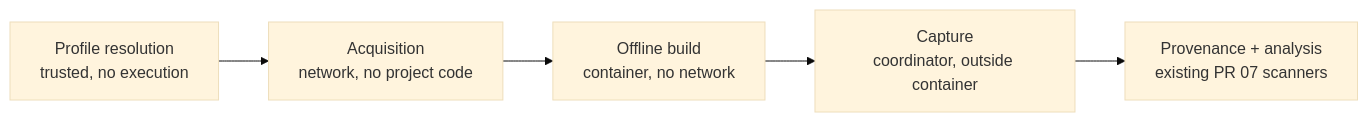
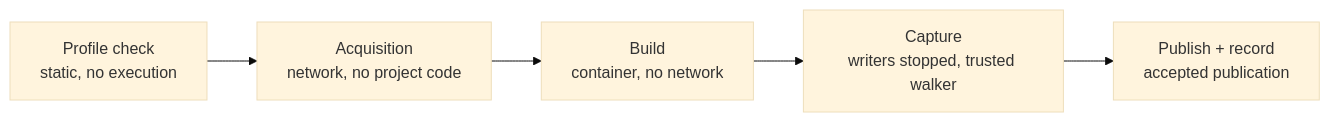
The diagram in docs/proposals/farsight-sentinel/isolated-java-build-design.md (zalos/farsight), drawn with Mermaid (base theme) before and after one commit. The commit also changed other lines of this file, not shown here.

First line of the commit message:
docs: revise the isolated Java build design for its first review

````diff
--- a/docs/proposals/farsight-sentinel/isolated-java-build-design.md
+++ b/docs/proposals/farsight-sentinel/isolated-java-build-design.md
@@ -103,7 +128,7 @@
 ```mermaid
 flowchart LR
-  P0[Profile resolution<br/>trusted, no execution] --> P1[Acquisition<br/>network, no project code]
-  P1 --> P2[Offline build<br/>container, no network]
-  P2 --> P3[Capture<br/>coordinator, outside container]
-  P3 --> P4[Provenance + analysis<br/>existing PR 07 scanners]
+  P0[Profile check<br/>static, no execution] --> P1[Acquisition<br/>network, no project code]
+  P1 --> P2[Build<br/>container, no network]
+  P2 --> P3[Capture<br/>writers stopped, trusted walker]
+  P3 --> P4[Publish + record<br/>accepted publication]
 ```
````
